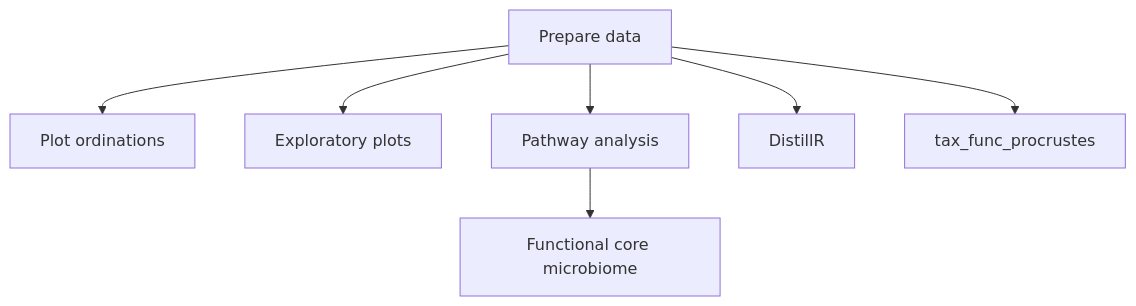
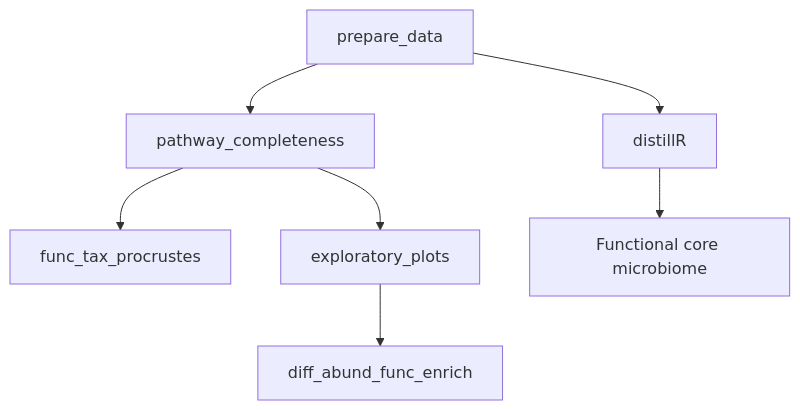
One commit to markella-moraitou/mammal_oral_microbiome_stats changed the second of 3 diagrams in README.md. Above: the diagram before and after it, drawn with Mermaid. The commit also changed other lines of this file, not shown here.

````diff
--- a/README.md
+++ b/README.md
@@ -19,9 +19,9 @@
 ```mermaid
 flowchart TD;
-    A[Prepare data]-->B[Plot ordinations];
-    A-->C[Exploratory plots];
-    A-->D[Pathway analysis];
-    A-->E[DistillR];
+    A[prepare_data]-->B[pathway_completeness];
+    A-->D[distillR];
+    B-->C[func_tax_procrustes];
+    B-->E[exploratory_plots];
     D-->F[Functional core microbiome];
-    A-->G[tax_func_procrustes]
+    E-->G[diff_abund_func_enrich]
 ```
````
